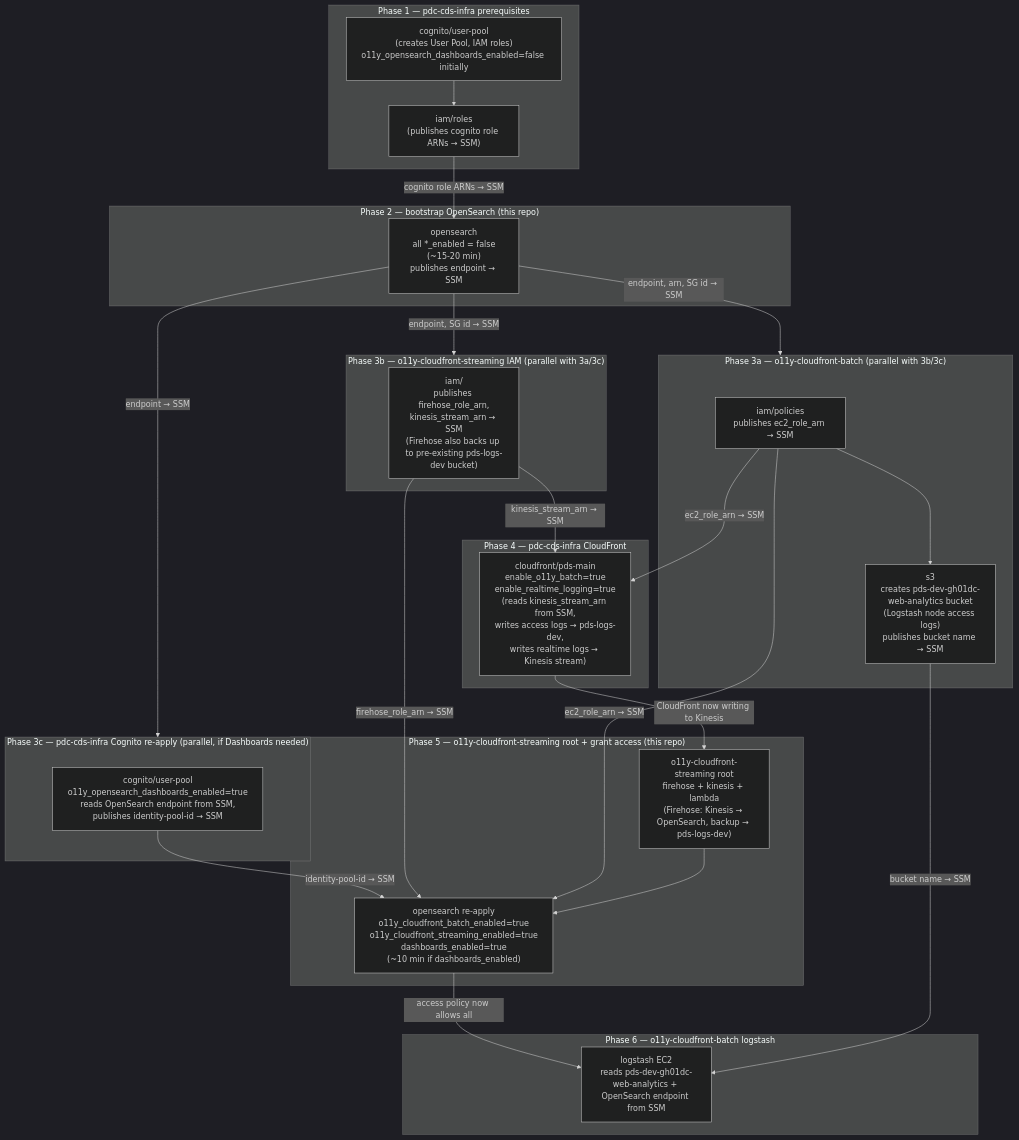
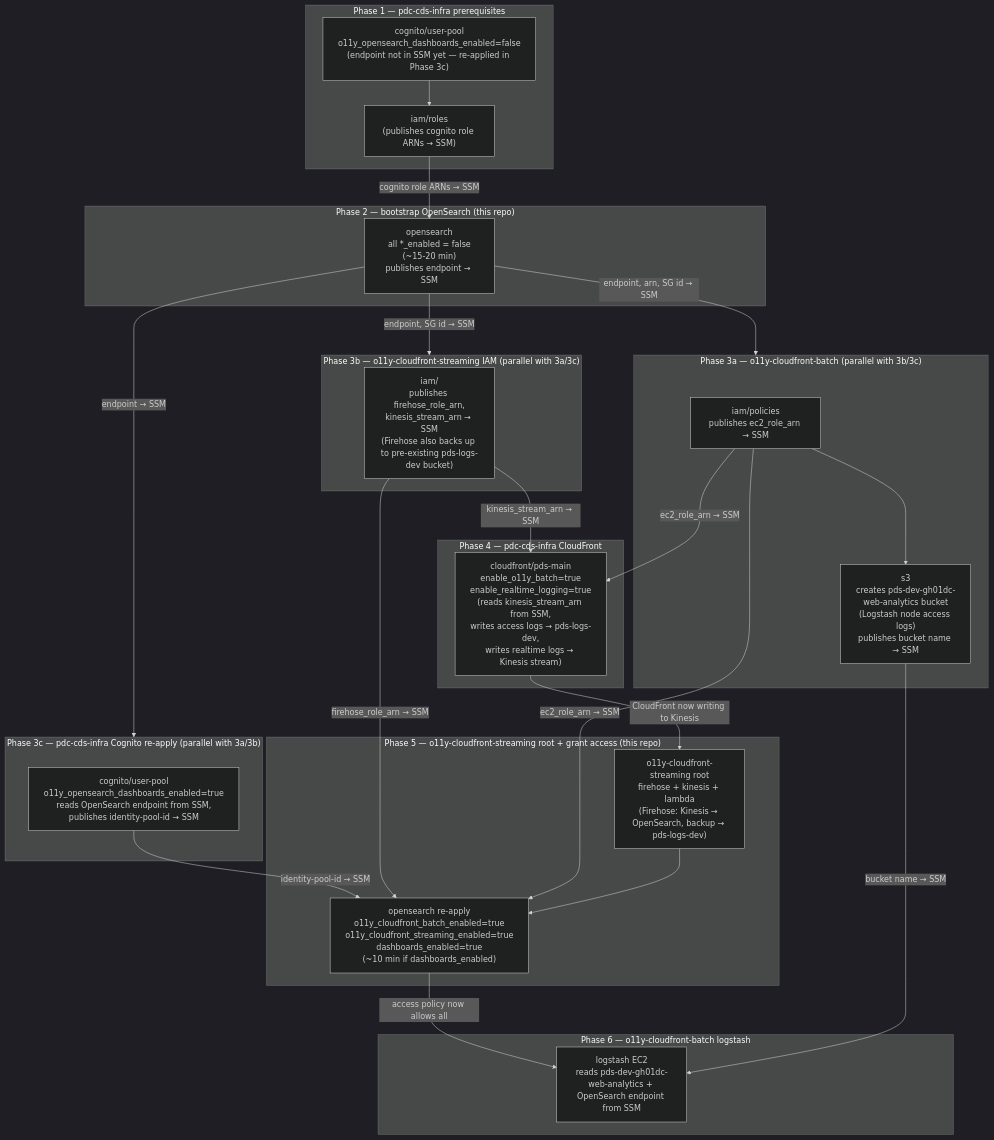
One commit to NASA-PDS/o11y-platform changed the second of 2 diagrams in terraform/README.md. Above: the diagram before and after it, drawn with Mermaid (dark theme). The commit also changed other lines of this file, not shown here.

Commit message:
Clarify dashboards_enabled=false in Phase 1 is a hard constraint, not optional
o11y_opensearch_dashboards_enabled must be false in Phase 1 because the
OpenSearch endpoint SSM parameter doesn't exist until Phase 2 bootstrap.
Phase 3c (re-apply with true) is the normal continuation of the flow,
not an optional step.

````diff
--- a/terraform/README.md
+++ b/terraform/README.md
@@ -70,53 +70,53 @@
 ```mermaid
 flowchart TD
     subgraph p1["Phase 1 — pdc-cds-infra prerequisites"]
-        COGPOOL["cognito/user-pool\n(creates User Pool, IAM roles)\no11y_opensearch_dashboards_enabled=false initially"]
+        COGPOOL["cognito/user-pool\no11y_opensearch_dashboards_enabled=false\n(endpoint not in SSM yet — re-applied in Phase 3c)"]
         IAMROLES["iam/roles\n(publishes cognito role ARNs → SSM)"]
         COGPOOL --> IAMROLES
     end
 
     subgraph p2["Phase 2 — bootstrap OpenSearch (this repo)"]
         OS1["opensearch\nall *_enabled = false\n(~15-20 min)\npublishes endpoint → SSM"]
     end
 
     subgraph p3a["Phase 3a — o11y-cloudfront-batch (parallel with 3b/3c)"]
         BIAM["iam/policies\npublishes ec2_role_arn → SSM"]
         BS3["s3\ncreates pds-dev-gh01dc-web-analytics bucket\n(Logstash node access logs)\npublishes bucket name → SSM"]
         BIAM --> BS3
     end
 
     subgraph p3b["Phase 3b — o11y-cloudfront-streaming IAM (parallel with 3a/3c)"]
         CFIAM["iam/\npublishes firehose_role_arn,\nkinesis_stream_arn → SSM\n(Firehose also backs up to pre-existing pds-logs-dev bucket)"]
     end
 
-    subgraph p3c["Phase 3c — pdc-cds-infra Cognito re-apply (parallel, if Dashboards needed)"]
+    subgraph p3c["Phase 3c — pdc-cds-infra Cognito re-apply (parallel with 3a/3b)"]
         CDS["cognito/user-pool\no11y_opensearch_dashboards_enabled=true\nreads OpenSearch endpoint from SSM,\npublishes identity-pool-id → SSM"]
     end
 
     subgraph p4["Phase 4 — pdc-cds-infra CloudFront"]
         CF["cloudfront/pds-main\nenable_o11y_batch=true\nenable_realtime_logging=true\n(reads kinesis_stream_arn from SSM,\nwrites access logs → pds-logs-dev,\nwrites realtime logs → Kinesis stream)"]
     end
 
     subgraph p5["Phase 5 — o11y-cloudfront-streaming root + grant access (this repo)"]
         CFMAIN["o11y-cloudfront-streaming root\nfirehose + kinesis + lambda\n(Firehose: Kinesis → OpenSearch, backup → pds-logs-dev)"]
         OS2["opensearch re-apply\no11y_cloudfront_batch_enabled=true\no11y_cloudfront_streaming_enabled=true\ndashboards_enabled=true\n(~10 min if dashboards_enabled)"]
     end
 
     subgraph p6["Phase 6 — o11y-cloudfront-batch logstash"]
         LS["logstash EC2\nreads pds-dev-gh01dc-web-analytics + OpenSearch endpoint from SSM"]
     end
 
     IAMROLES -->|"cognito role ARNs → SSM"| OS1
     OS1 -->|"endpoint, arn, SG id → SSM"| p3a
     OS1 -->|"endpoint, SG id → SSM"| p3b
     OS1 -->|"endpoint → SSM"| p3c
     BIAM -->|"ec2_role_arn → SSM"| CF
     CFIAM -->|"kinesis_stream_arn → SSM"| CF
     CDS -->|"identity-pool-id → SSM"| OS2
     CFIAM -->|"firehose_role_arn → SSM"| OS2
     BIAM -->|"ec2_role_arn → SSM"| OS2
     CF -->|"CloudFront now writing to Kinesis"| CFMAIN
     CFMAIN --> OS2
     OS2 -->|"access policy now allows all"| LS
     BS3 -->|"bucket name → SSM"| LS
 ```
````
